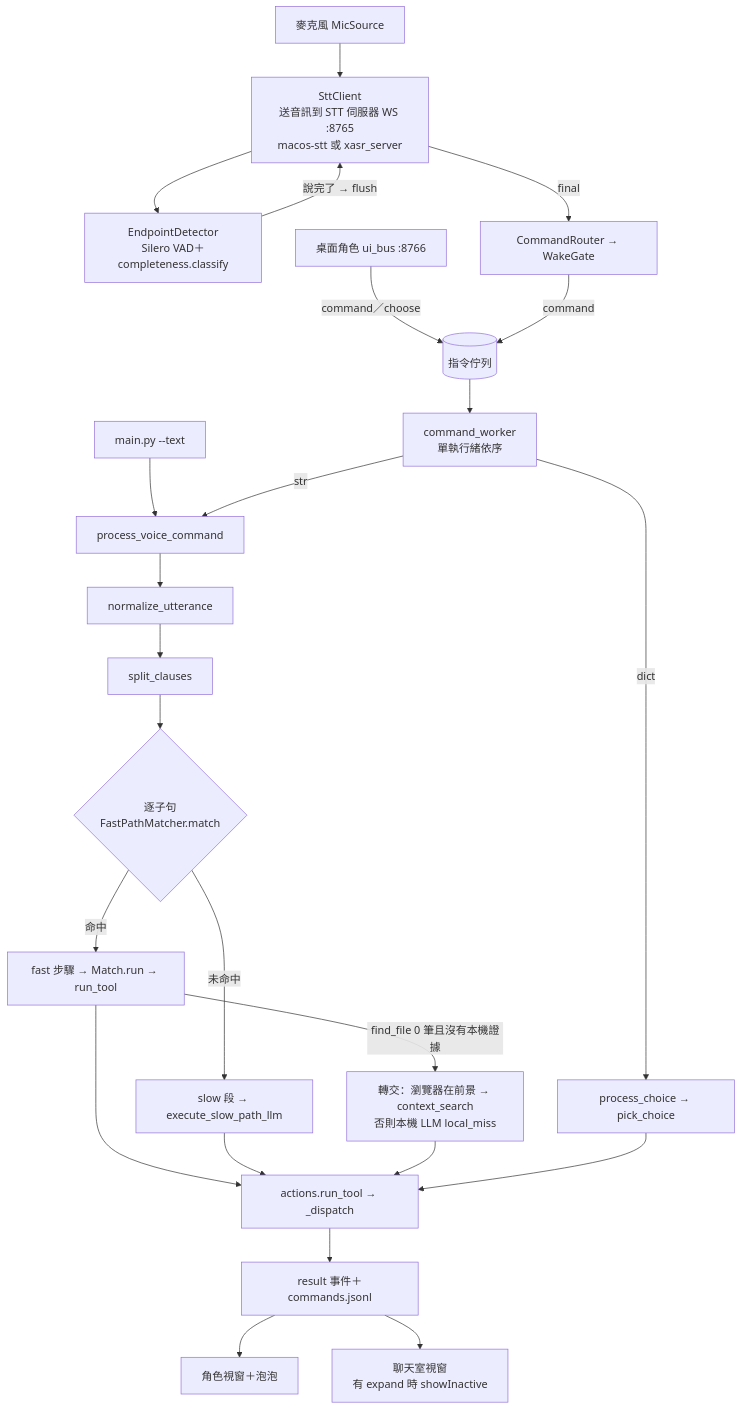
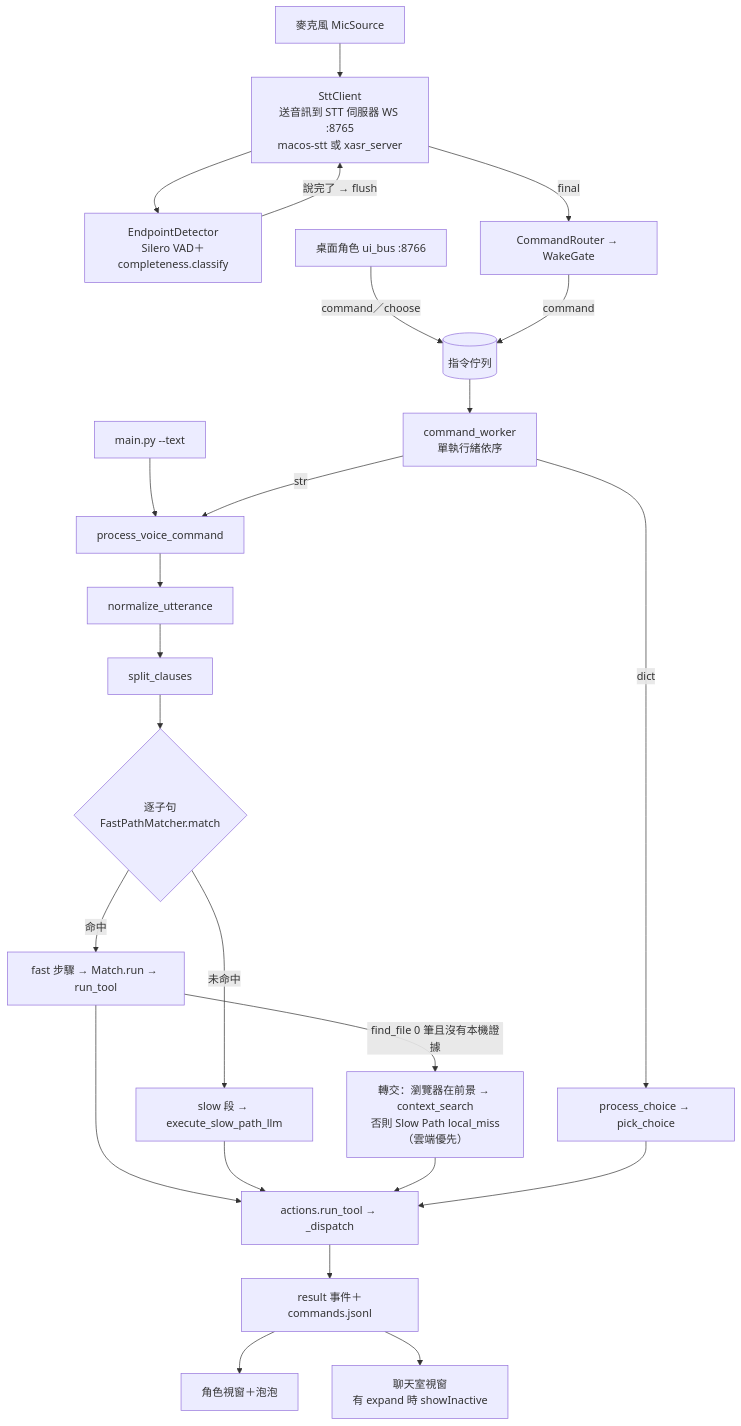
One commit to young878787/mac_ai_control changed the first of 5 diagrams in docs/flows/main-flow.md. Above: the diagram before and after it, drawn with Mermaid. The commit also changed other lines of this file and 25 other files, not shown here.

````diff
--- a/docs/flows/main-flow.md
+++ b/docs/flows/main-flow.md
@@ -5,21 +5,21 @@
 ```mermaid
 flowchart TD
     Mic[麥克風 MicSource] --> Stt[SttClient<br/>送音訊到 STT 伺服器 WS :8765<br/>macos-stt 或 xasr_server]
     Stt --> Ep[EndpointDetector<br/>Silero VAD＋completeness.classify]
     Ep -- 說完了 → flush --> Stt
     Stt -- final --> Router[CommandRouter → WakeGate]
     UI[桌面角色 ui_bus :8766] -- command／choose --> Q
     Router -- command --> Q[(指令佇列)]
     CLI[main.py --text] --> PVC
     Q --> W[command_worker<br/>單執行緒依序]
     W -- str --> PVC[process_voice_command]
     W -- dict --> Choice[process_choice → pick_choice]
     PVC --> Norm[normalize_utterance] --> Split[split_clauses] --> Match{逐子句<br/>FastPathMatcher.match}
     Match -- 命中 --> Fast[fast 步驟 → Match.run → run_tool]
     Match -- 未命中 --> Slow[slow 段 → execute_slow_path_llm]
-    Fast -- find_file 0 筆且沒有本機證據 --> Esc[轉交：瀏覽器在前景 → context_search<br/>否則本機 LLM local_miss]
+    Fast -- find_file 0 筆且沒有本機證據 --> Esc[轉交：瀏覽器在前景 → context_search<br/>否則 Slow Path local_miss（雲端優先）]
     Fast & Slow & Esc & Choice --> Run[actions.run_tool → _dispatch]
     Run --> Res[result 事件＋commands.jsonl]
     Res --> Role[角色視窗＋泡泡]
     Res --> Chat[聊天室視窗<br/>有 expand 時 showInactive]
 ```
````
